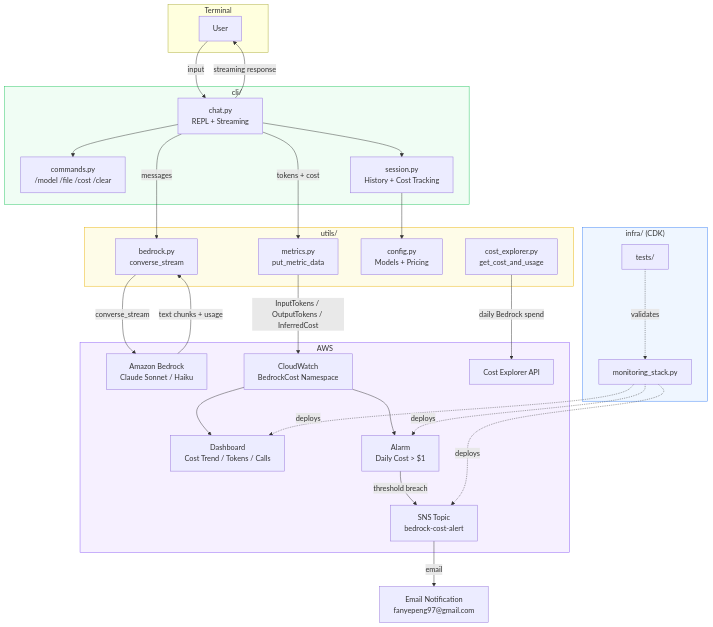
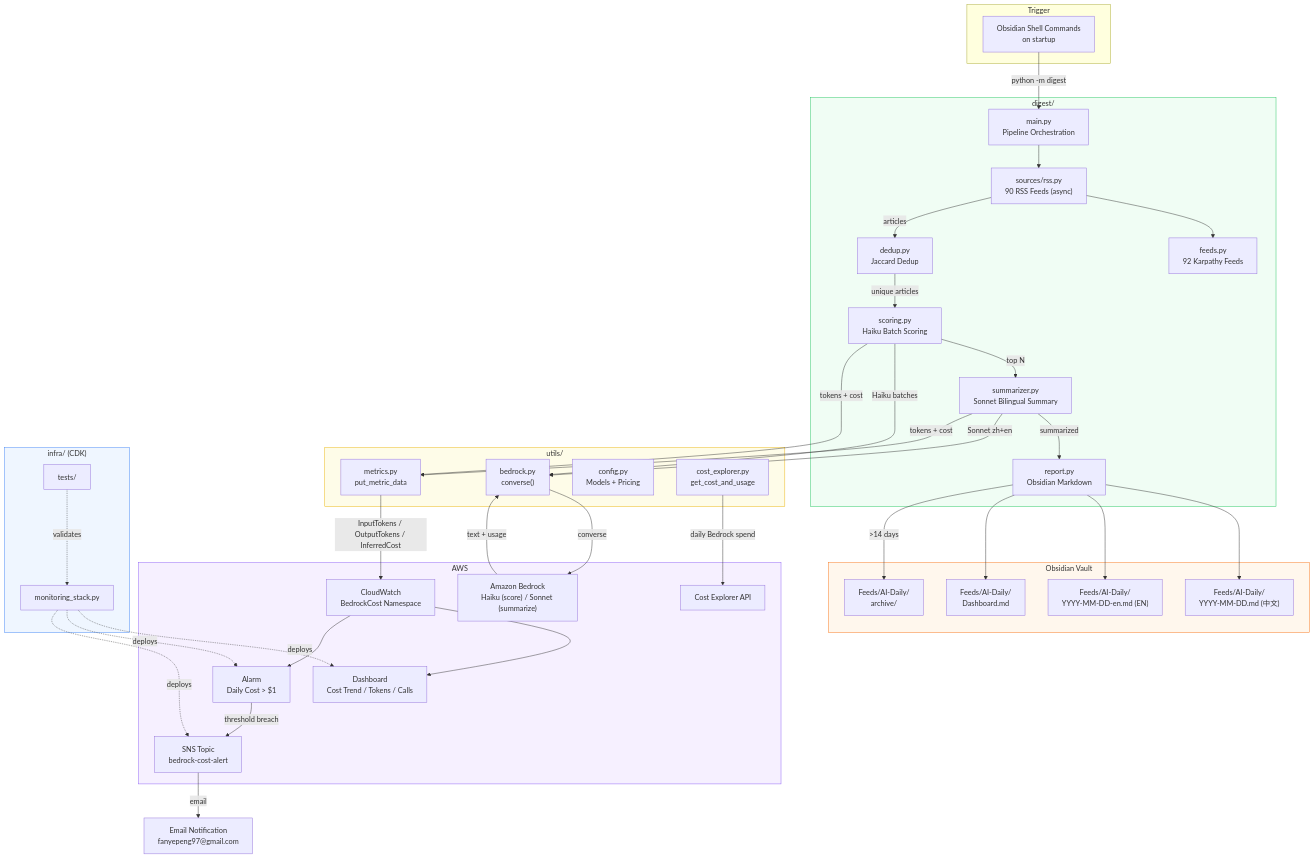
Before and after one commit to yepengfan/ai-sa-portfolio: the diagram in systems/s1-cost/architecture.md, drawn with Mermaid. The commit also changed other lines of this file and 11 other files, not shown here.

First line of the commit message:
feat: add AI Daily Digest pipeline with bilingual Obsidian output

````diff
--- a/systems/s1-cost/architecture.md
+++ b/systems/s1-cost/architecture.md
@@ -3,24 +3,28 @@
 ```mermaid
 graph TB
-    subgraph User["Terminal"]
-        U[User]
+    subgraph Trigger["Trigger"]
+        OBS["Obsidian Shell Commands<br/>on startup"]
     end
 
-    subgraph CLI["cli/"]
-        CHAT["chat.py<br/>REPL + Streaming"]
-        CMD["commands.py<br/>/model /file /cost /clear"]
-        SESS["session.py<br/>History + Cost Tracking"]
+    subgraph Digest["digest/"]
+        MAIN["main.py<br/>Pipeline Orchestration"]
+        RSS["sources/rss.py<br/>90 RSS Feeds (async)"]
+        DEDUP["dedup.py<br/>Jaccard Dedup"]
+        SCORE["scoring.py<br/>Haiku Batch Scoring"]
+        SUMM["summarizer.py<br/>Sonnet Bilingual Summary"]
+        REPORT["report.py<br/>Obsidian Markdown"]
+        FEEDS["feeds.py<br/>92 Karpathy Feeds"]
     end
 
     subgraph Utils["utils/"]
-        BED["bedrock.py<br/>converse_stream"]
+        BED["bedrock.py<br/>converse()"]
         MET["metrics.py<br/>put_metric_data"]
         CFG["config.py<br/>Models + Pricing"]
         CE["cost_explorer.py<br/>get_cost_and_usage"]
     end
 
     subgraph AWS["AWS"]
-        BR["Amazon Bedrock<br/>Claude Sonnet / Haiku"]
+        BR["Amazon Bedrock<br/>Haiku (score) / Sonnet (summarize)"]
         CW["CloudWatch<br/>BedrockCost Namespace"]
         DASH["Dashboard<br/>Cost Trend / Tokens / Calls"]
         ALARM["Alarm<br/>Daily Cost > $1"]
@@ -33,22 +37,39 @@
         TEST["tests/"]
     end
 
+    subgraph Output["Obsidian Vault"]
+        ZH["Feeds/AI-Daily/<br/>YYYY-MM-DD.md (中文)"]
+        EN["Feeds/AI-Daily/<br/>YYYY-MM-DD-en.md (EN)"]
+        DASHMD["Feeds/AI-Daily/<br/>Dashboard.md"]
+        ARCHIVE["Feeds/AI-Daily/<br/>archive/"]
+    end
+
     EMAIL["Email Notification<br/>fanyepeng97@gmail.com"]
 
-    U -- input --> CHAT
-    CHAT -- streaming response --> U
-    CHAT --> CMD
-    CHAT --> SESS
-    SESS --> CFG
+    OBS -- python -m digest --> MAIN
 
-    CHAT -- messages --> BED
-    BED -- converse_stream --> BR
-    BR -- text chunks + usage --> BED
+    MAIN --> RSS
+    RSS --> FEEDS
+    RSS -- articles --> DEDUP
+    DEDUP -- unique articles --> SCORE
+    SCORE -- top N --> SUMM
+    SUMM -- summarized --> REPORT
 
-    CHAT -- tokens + cost --> MET
+    SCORE -- Haiku batches --> BED
+    SUMM -- Sonnet zh+en --> BED
+    BED -- converse --> BR
+    BR -- text + usage --> BED
+
+    SCORE -- tokens + cost --> MET
+    SUMM -- tokens + cost --> MET
     MET -- InputTokens / OutputTokens / InferredCost --> CW
 
     CE -- daily Bedrock spend --> CEX
+
+    REPORT --> ZH
+    REPORT --> EN
+    REPORT --> DASHMD
+    REPORT -- >14 days --> ARCHIVE
 
     CW --> DASH
     CW --> ALARM
@@ -61,7 +82,8 @@
     TEST -. validates .-> STACK
 
     style AWS fill:#f6f0ff,stroke:#8b5cf6
-    style CLI fill:#f0fdf4,stroke:#22c55e
+    style Digest fill:#f0fdf4,stroke:#22c55e
     style Utils fill:#fefce8,stroke:#eab308
     style Infra fill:#eff6ff,stroke:#3b82f6
+    style Output fill:#fff7ed,stroke:#f97316
 ```
````
